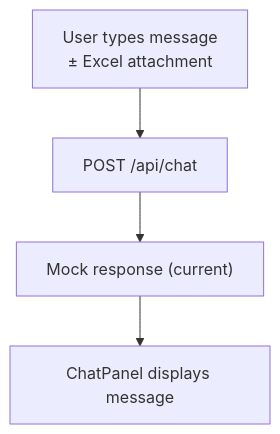
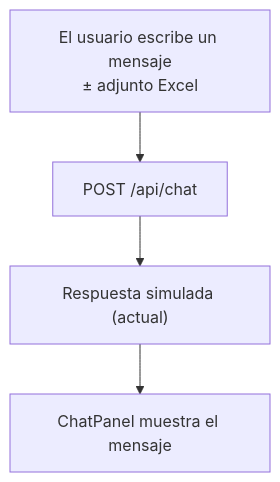
The fourth of 8 diagrams in doc/data-flow.md (Carlosmps97/web-data-model-hub), drawn with Mermaid before and after one commit. The commit also changed other lines of this file and 21 other files, not shown here.

````diff
--- a/doc/data-flow.md
+++ b/doc/data-flow.md
@@ -76,6 +78,6 @@
 ```mermaid
 flowchart TD
-    A["User types message\n± Excel attachment"] --> B["POST /api/chat"]
-    B --> C["Mock response (current)"]
-    C --> D["ChatPanel displays message"]
+    A["El usuario escribe un mensaje\n± adjunto Excel"] --> B["POST /api/chat"]
+    B --> C["Respuesta simulada (actual)"]
+    C --> D["ChatPanel muestra el mensaje"]
 ```
````
